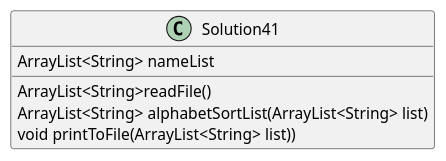
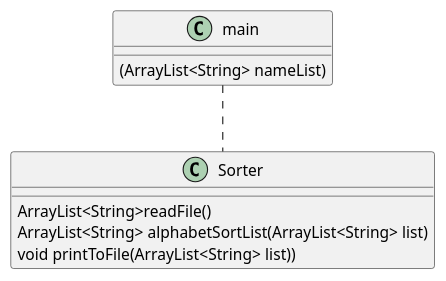
Before and after one commit to JMoore910/moore-a04: the diagram in untitled/docs/exercise41Diagram.puml, drawn with PlantUML. The commit also changed 34 other files, not shown here.

```diff
--- a/untitled/docs/exercise41Diagram.puml
+++ b/untitled/docs/exercise41Diagram.puml
@@ -1,11 +1,17 @@
 @startuml
 
-class Solution41 {
-    ArrayList<String> nameList
-
+class Sorter {
     ArrayList<String>readFile()
     ArrayList<String> alphabetSortList(ArrayList<String> list)
     void printToFile(ArrayList<String> list))
 }
 
+
+class main {
+    (ArrayList<String> nameList)
+}
+
+
+main .. Sorter
+
 @enduml
```
